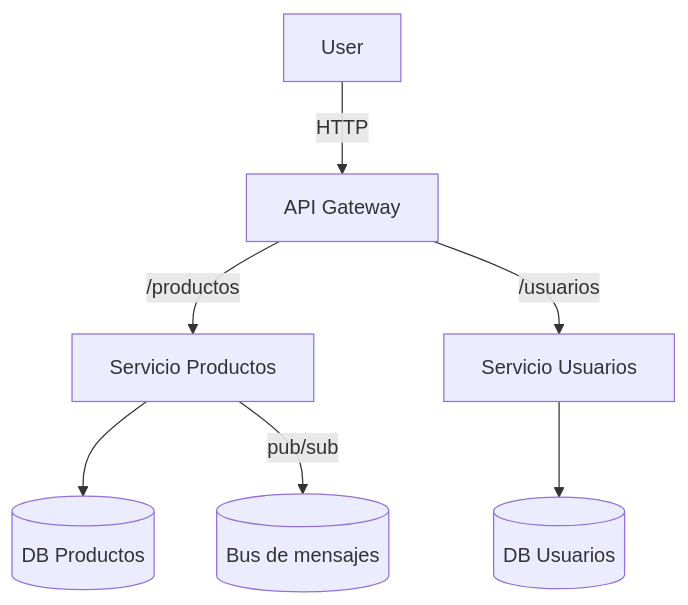
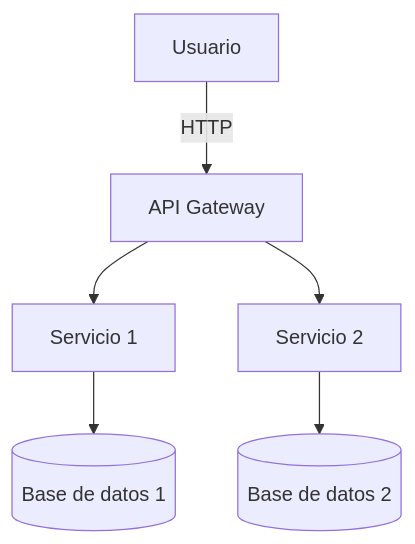
Before and after one commit to ATorresCode/dwes: diagram 14 of 16 in docs/u01/propuesta-ampliada.md, drawn with Mermaid. The commit also changed other lines of this file and 3 other files, not shown here.

````diff
--- a/docs/u01/propuesta-ampliada.md
+++ b/docs/u01/propuesta-ampliada.md
@@ -505,9 +464,8 @@
 ```mermaid
 graph TD
-  User -->|HTTP| API[API Gateway]
-  API -->|/productos| ServiceProductos[Servicio Productos]
-  API -->|/usuarios| ServiceUsuarios[Servicio Usuarios]
-  ServiceProductos --> DBProductos[(DB Productos)]
-  ServiceUsuarios --> DBUsuarios[(DB Usuarios)]
-  ServiceProductos -->|pub/sub| MessageBus[(Bus de mensajes)]
+  Usuario -->|HTTP| Gateway[API Gateway]
+  Gateway --> Servicio1[Servicio 1]
+  Gateway --> Servicio2[Servicio 2]
+  Servicio1 --> DB1[(Base de datos 1)]
+  Servicio2 --> DB2[(Base de datos 2)]
 ```
````
